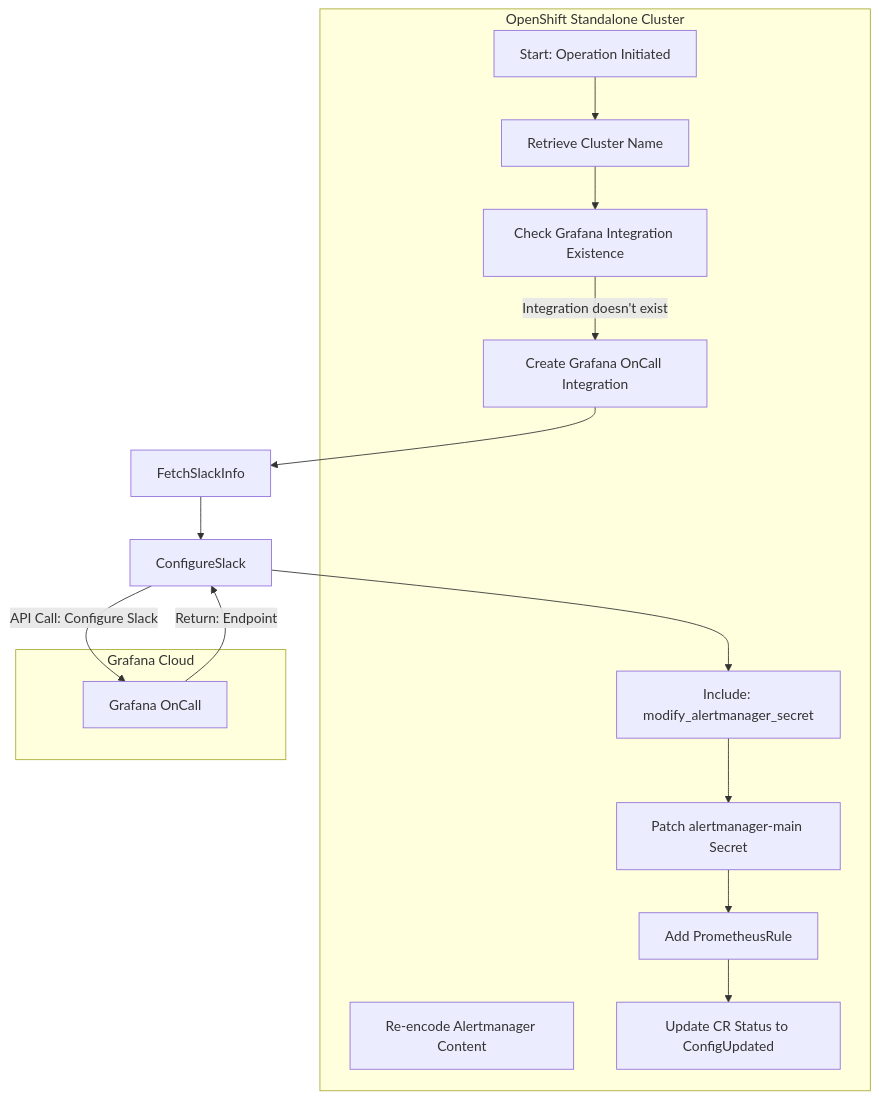
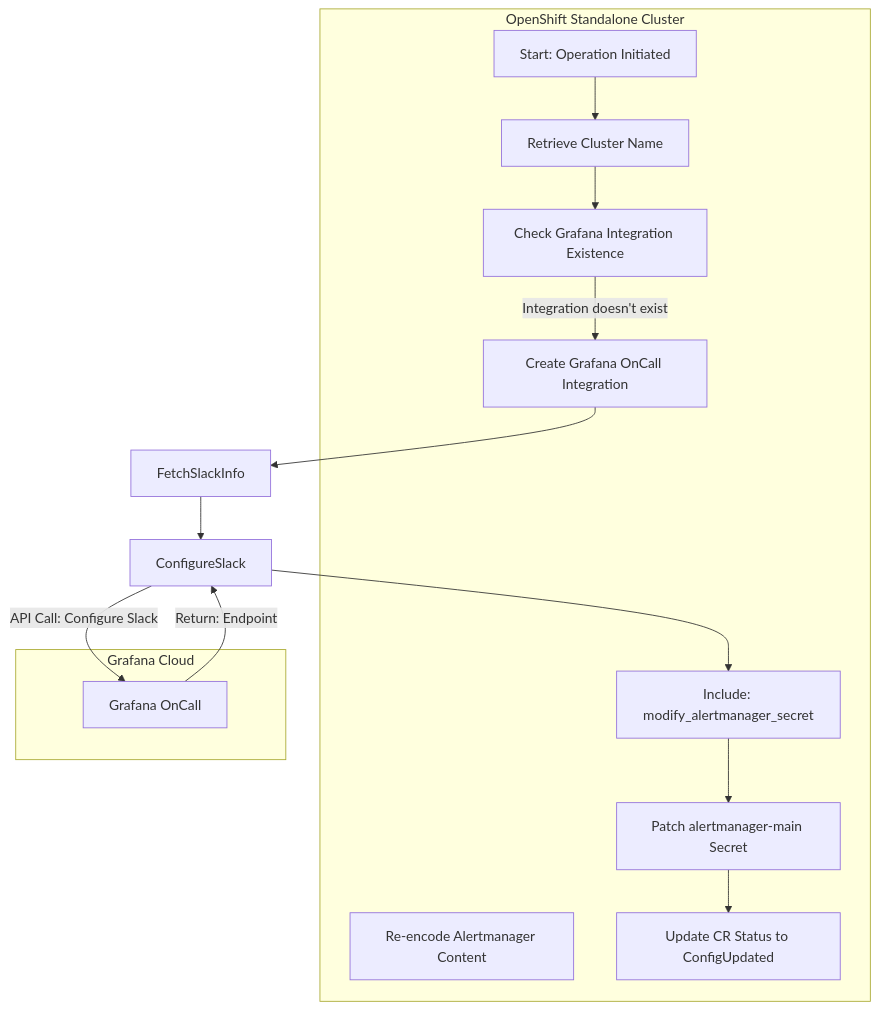
One commit to stakater/grafana-cloud-ansible-operator changed the second of 2 diagrams in README.md. Above: the diagram before and after it, drawn with Mermaid. The commit also changed other lines of this file, not shown here.

````diff
--- a/README.md
+++ b/README.md
@@ -103,31 +103,29 @@
     ```mermaid
     graph TD
 
         subgraph "OpenShift Standalone Cluster"
             Init[Start: Operation Initiated]
             GetClusterName[Retrieve Cluster Name]
             CheckIntegration[Check Grafana Integration Existence]
             CreateIntegration[Create Grafana OnCall Integration]
             ModSecret[Include: modify_alertmanager_secret]
             Reencode[Re-encode Alertmanager Content]
             PatchSecret[Patch alertmanager-main Secret]
-            AddPrometheusRule[Add PrometheusRule]
             UpdateCR[Update CR Status to ConfigUpdated]
             Init --> GetClusterName
             GetClusterName --> CheckIntegration
             CheckIntegration -- Integration doesn't exist --> CreateIntegration
         end
 
         subgraph "Grafana Cloud"
             GO[Grafana OnCall]
         end
 
         CreateIntegration --> FetchSlackInfo
         FetchSlackInfo --> ConfigureSlack
         ConfigureSlack -->|API Call: Configure Slack| GO
         GO -->|Return: Endpoint| ConfigureSlack
         ConfigureSlack --> ModSecret
         ModSecret --> PatchSecret
-        PatchSecret --> AddPrometheusRule
-        AddPrometheusRule --> UpdateCR
+        PatchSecret --> UpdateCR
     ```
````
